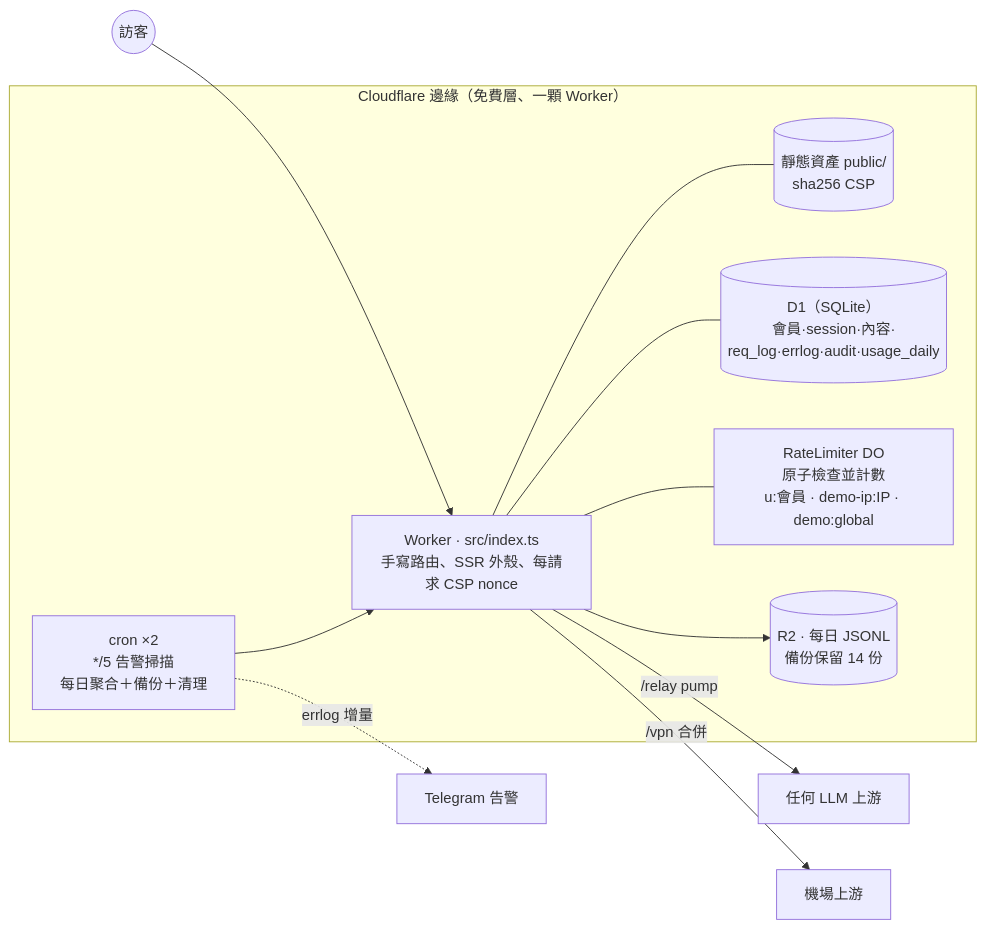
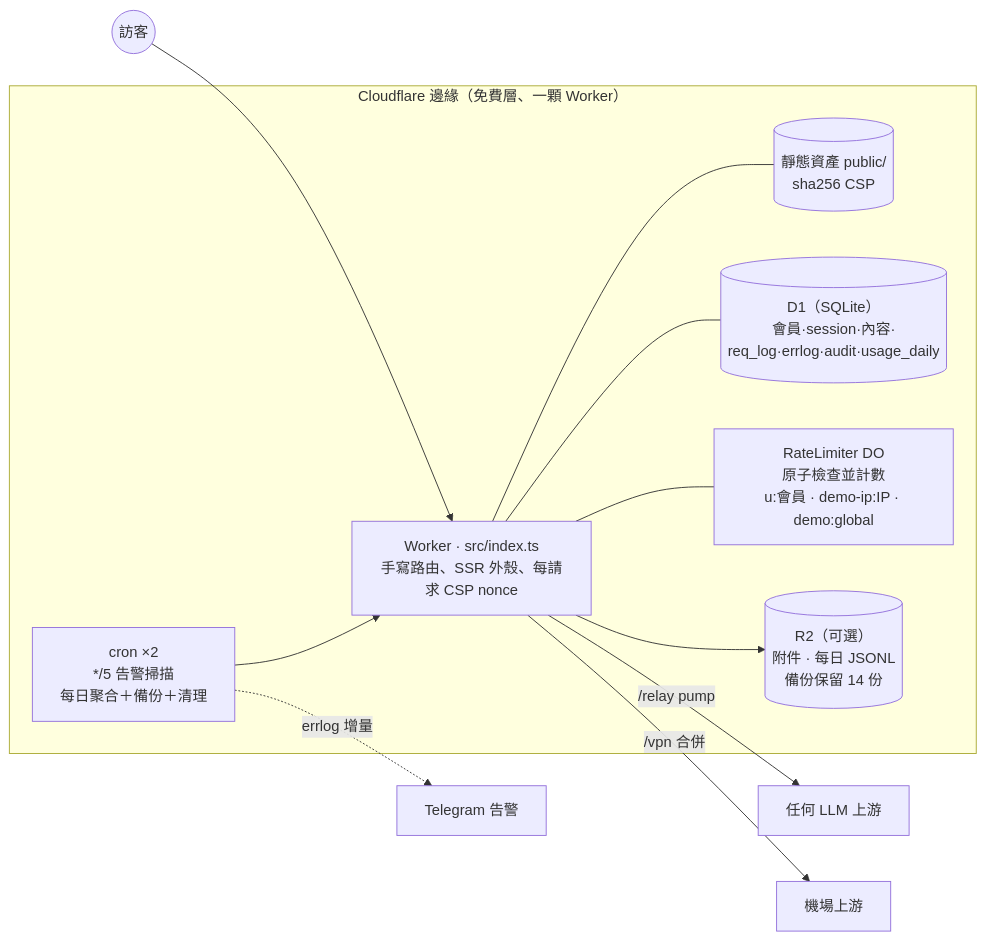
One commit to Jhongwe1/edge-llm-gateway changed the diagram in README.zh-TW.md. Above: the diagram before and after it, drawn with Mermaid. The commit also changed other lines of this file and 25 other files, not shown here.

````diff
--- a/README.zh-TW.md
+++ b/README.zh-TW.md
@@ -80,20 +80,20 @@
 ```mermaid
 flowchart LR
   V((訪客)) --> W
   subgraph edge["Cloudflare 邊緣（免費層、一顆 Worker）"]
     W["Worker · src/index.ts<br/>手寫路由、SSR 外殼、每請求 CSP nonce"]
     A[("靜態資產 public/<br/>sha256 CSP")]
     D[("D1（SQLite）<br/>會員·session·內容·<br/>req_log·errlog·audit·usage_daily")]
     DO["RateLimiter DO<br/>原子檢查並計數<br/>u:會員 · demo-ip:IP · demo:global"]
     CRON["cron ×2<br/>*/5 告警掃描<br/>每日聚合＋備份＋清理"]
-    R2[("R2 · 每日 JSONL<br/>備份保留 14 份")]
+    R2[("R2（可選）<br/>附件 · 每日 JSONL<br/>備份保留 14 份")]
     W --- A
     W --- D
     W --- DO
     CRON --> W
     W --> R2
   end
   W -->|"/relay pump"| U["任何 LLM 上游"]
   W -->|"/vpn 合併"| AP["機場上游"]
   CRON -.->|"errlog 增量"| TG["Telegram 告警"]
 ```
````
